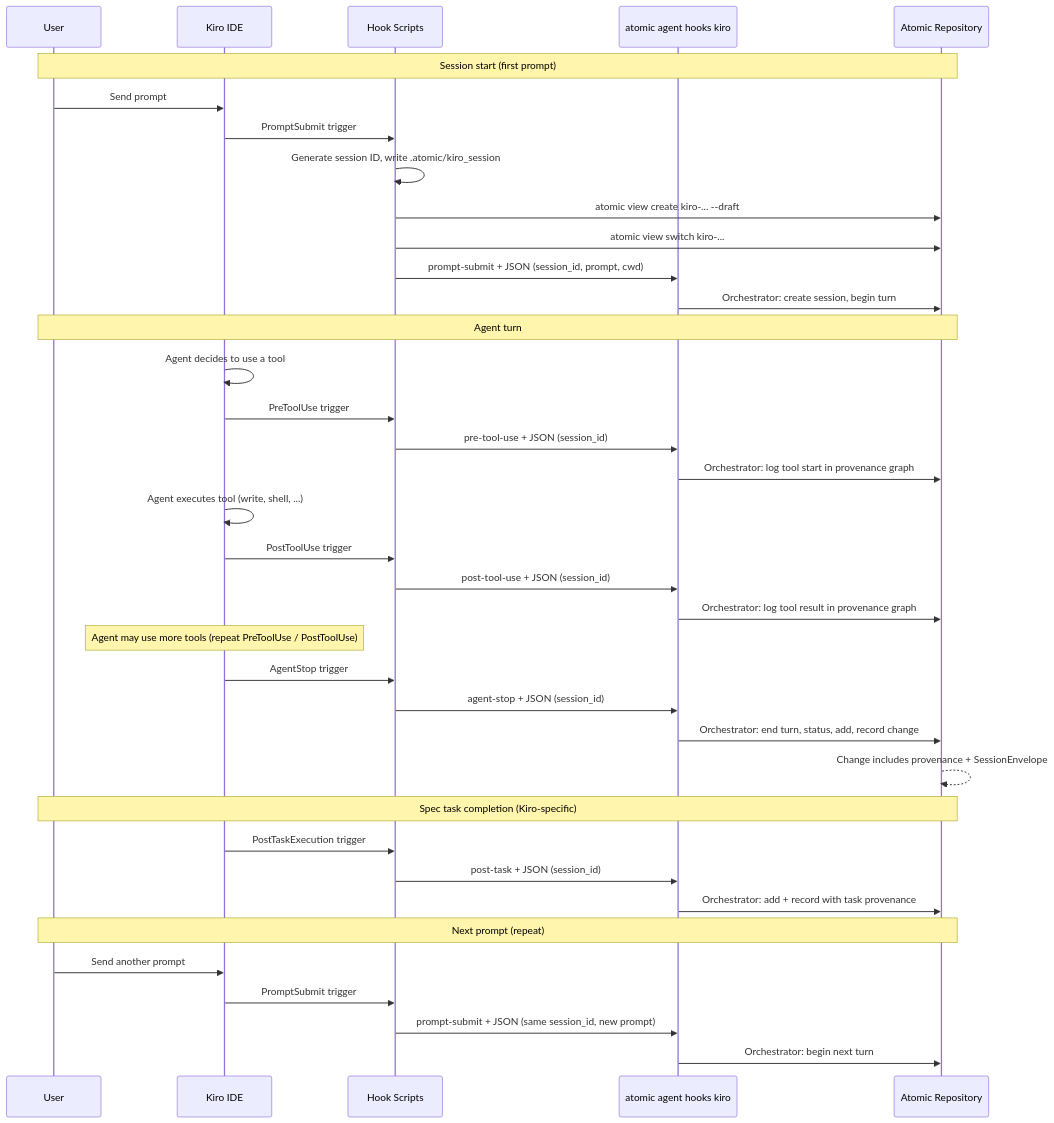
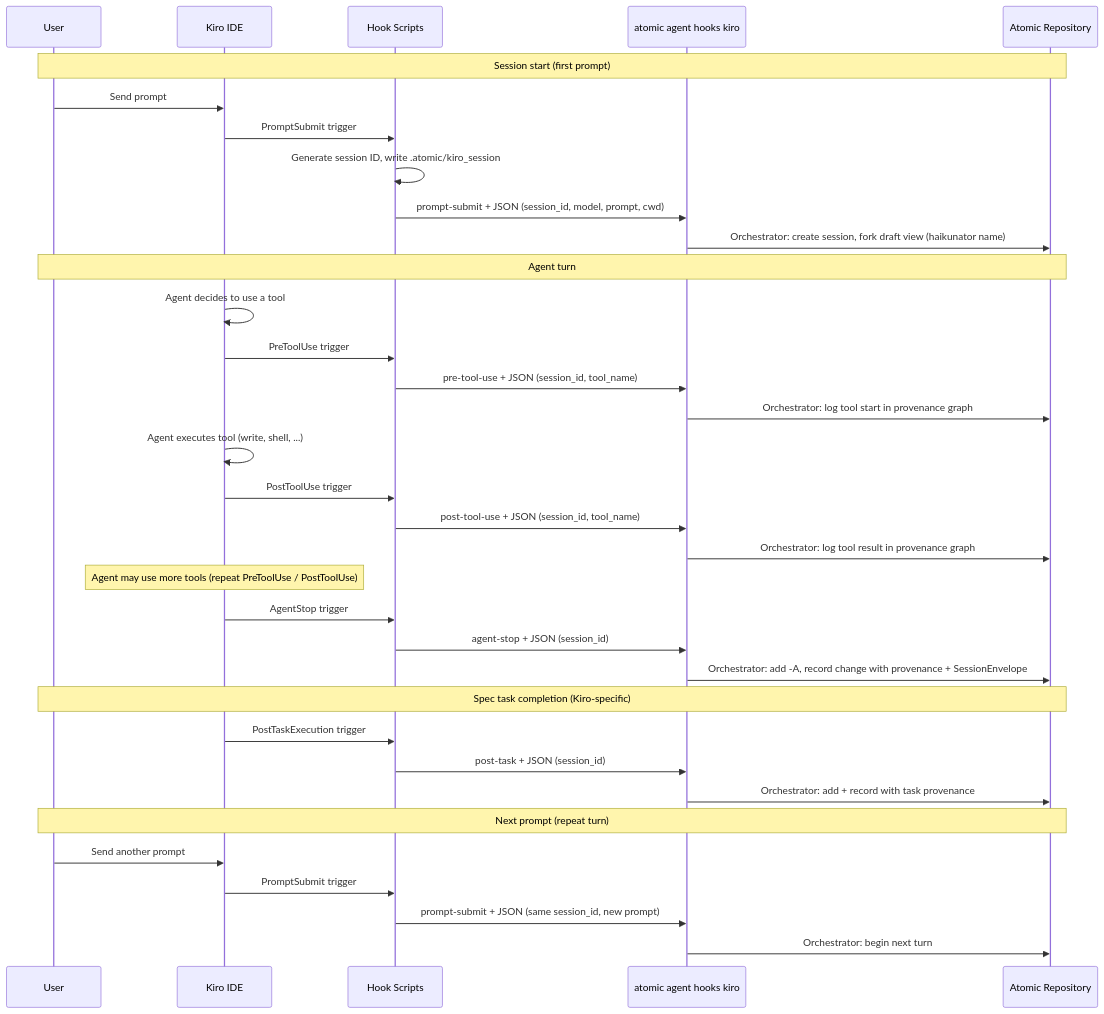
The diagram in README.md (atomicdotdev/atomic-kiro), drawn with Mermaid before and after one commit. The commit also changed other lines of this file and 11 other files, not shown here.

````diff
--- a/README.md
+++ b/README.md
@@ -78,51 +93,48 @@
 ```mermaid
 sequenceDiagram
     participant U as User
     participant K as Kiro IDE
     participant H as Hook Scripts
     participant O as atomic agent hooks kiro
     participant R as Atomic Repository
 
     Note over U,R: Session start (first prompt)
 
     U->>K: Send prompt
     K->>H: PromptSubmit trigger
     H->>H: Generate session ID, write .atomic/kiro_session
-    H->>R: atomic view create kiro-... --draft
-    H->>R: atomic view switch kiro-...
-    H->>O: prompt-submit + JSON (session_id, prompt, cwd)
-    O->>R: Orchestrator: create session, begin turn
+    H->>O: prompt-submit + JSON (session_id, model, prompt, cwd)
+    O->>R: Orchestrator: create session, fork draft view (haikunator name)
 
     Note over U,R: Agent turn
 
     K->>K: Agent decides to use a tool
     K->>H: PreToolUse trigger
-    H->>O: pre-tool-use + JSON (session_id)
+    H->>O: pre-tool-use + JSON (session_id, tool_name)
     O->>R: Orchestrator: log tool start in provenance graph
 
     K->>K: Agent executes tool (write, shell, ...)
 
     K->>H: PostToolUse trigger
-    H->>O: post-tool-use + JSON (session_id)
+    H->>O: post-tool-use + JSON (session_id, tool_name)
     O->>R: Orchestrator: log tool result in provenance graph
 
     Note over K: Agent may use more tools (repeat PreToolUse / PostToolUse)
 
     K->>H: AgentStop trigger
     H->>O: agent-stop + JSON (session_id)
-    O->>R: Orchestrator: end turn, status, add, record change
-    R-->>R: Change includes provenance + SessionEnvelope
+    O->>R: Orchestrator: add -A, record change with provenance + SessionEnvelope
 
     Note over U,R: Spec task completion (Kiro-specific)
 
     K->>H: PostTaskExecution trigger
     H->>O: post-task + JSON (session_id)
     O->>R: Orchestrator: add + record with task provenance
 
-    Note over U,R: Next prompt (repeat)
+    Note over U,R: Next prompt (repeat turn)
 
     U->>K: Send another prompt
     K->>H: PromptSubmit trigger
     H->>O: prompt-submit + JSON (same session_id, new prompt)
     O->>R: Orchestrator: begin next turn
 ```
````
